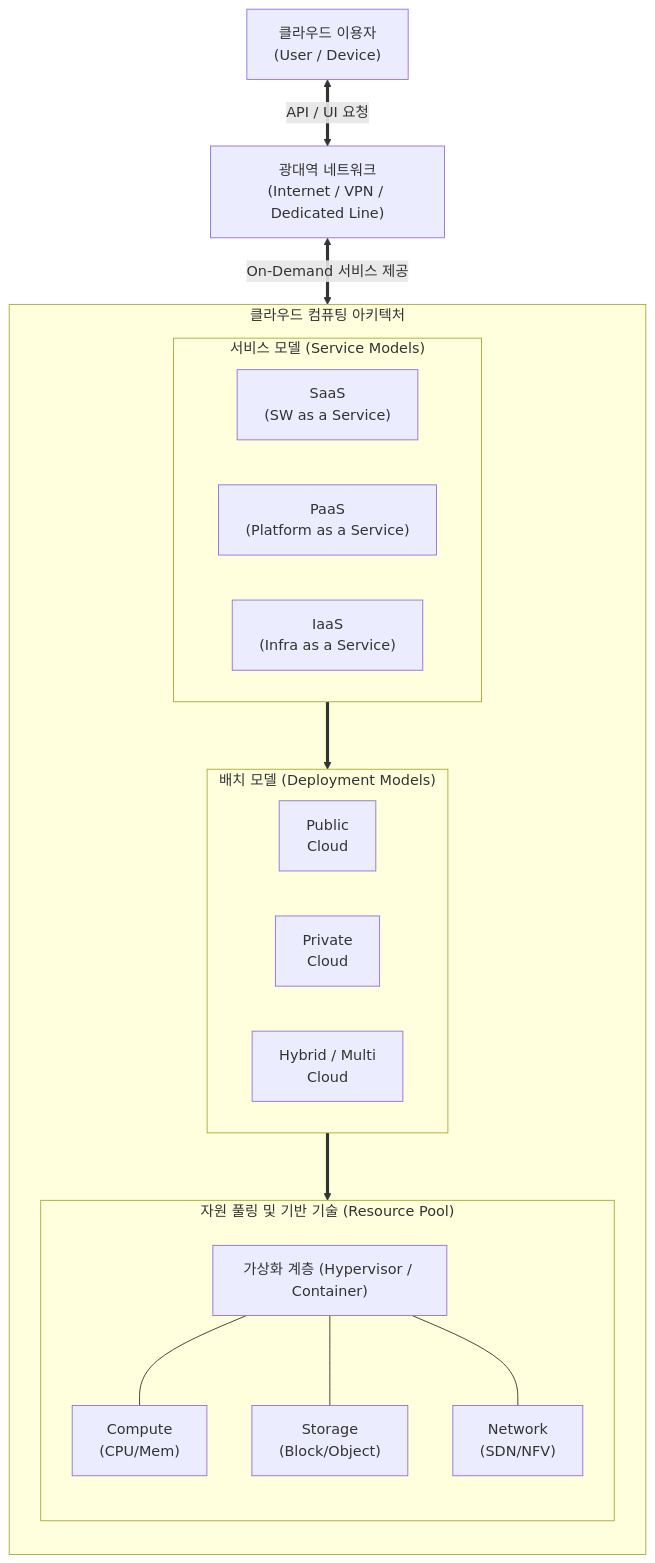
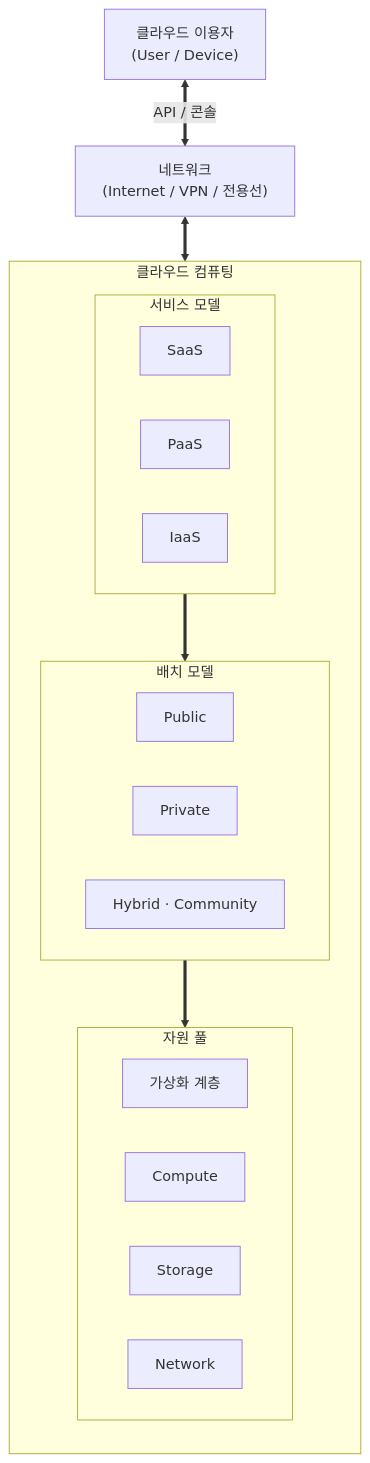
One commit to supremethumb/supremethumb.github.io changed the diagram in content/01_IT Tech/클라우드 컴퓨팅.md. Above: the diagram before and after it, drawn with Mermaid. The commit also changed other lines of this file and 1087 other files, not shown here.

````diff
--- a/content/01_IT Tech/클라우드 컴퓨팅.md
+++ b/content/01_IT Tech/클라우드 컴퓨팅.md
@@ -23,43 +35,33 @@
 ```mermaid
 flowchart TB
     User["클라우드 이용자<br/>(User / Device)"]
-    Net["광대역 네트워크<br/>(Internet / VPN / Dedicated Line)"]
-    
-    User <== "API / UI 요청" ==> Net
+    Net["네트워크<br/>(Internet / VPN / 전용선)"]
+    User <==>|"API / 콘솔"| Net
 
-    subgraph CloudArchitecture["클라우드 컴퓨팅 아키텍처"]
+    subgraph Cloud["클라우드 컴퓨팅"]
         direction TB
-        
-        subgraph ServiceModels["서비스 모델 (Service Models)"]
+        subgraph Service["서비스 모델"]
             direction LR
-            SaaS["SaaS<br/>(SW as a Service)"]
-            PaaS["PaaS<br/>(Platform as a Service)"]
-            IaaS["IaaS<br/>(Infra as a Service)"]
+            SaaS["SaaS"]
+            PaaS["PaaS"]
+            IaaS["IaaS"]
         end
+        subgraph Deploy["배치 모델"]
+            direction LR
+            Public["Public"]
+            Private["Private"]
+            Hybrid["Hybrid · Community"]
+        end
+        subgraph Pool["자원 풀"]
+            direction LR
+            Virt["가상화 계층"]
+            Comp["Compute"]
+            Stor["Storage"]
+            NetW["Network"]
+        end
+        Service ==> Deploy
+        Deploy ==> Pool
+    end
 
-        subgraph DeployModels["배치 모델 (Deployment Models)"]
-            direction LR
-            Public["Public<br/>Cloud"]
-            Private["Private<br/>Cloud"]
-            Hybrid["Hybrid / Multi<br/>Cloud"]
-        end
-
-        subgraph ResourcePool["자원 풀링 및 기반 기술 (Resource Pool)"]
-            direction TB
-            Virt["가상화 계층 (Hypervisor / Container)"]
-            Comp["Compute<br/>(CPU/Mem)"]
-            Stor["Storage<br/>(Block/Object)"]
-            NetW["Network<br/>(SDN/NFV)"]
-            
-            Virt --- Comp
-            Virt --- Stor
-            Virt --- NetW
-        end
-
-        ServiceModels ==> DeployModels
-        DeployModels ==> ResourcePool
-    end
-    
-    Net <== "On-Demand 서비스 제공" ==> CloudArchitecture
-
+    Net <==> Cloud
 ```
````
